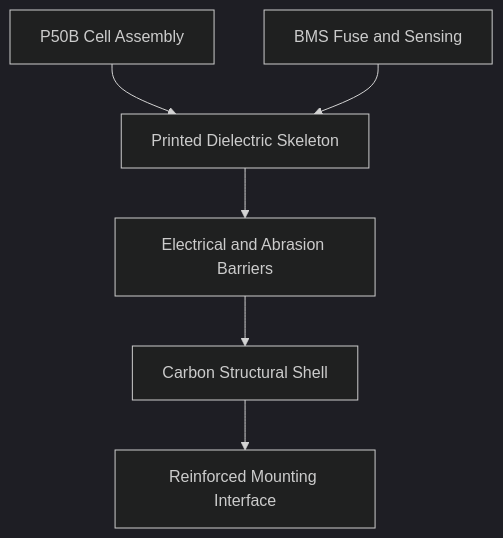
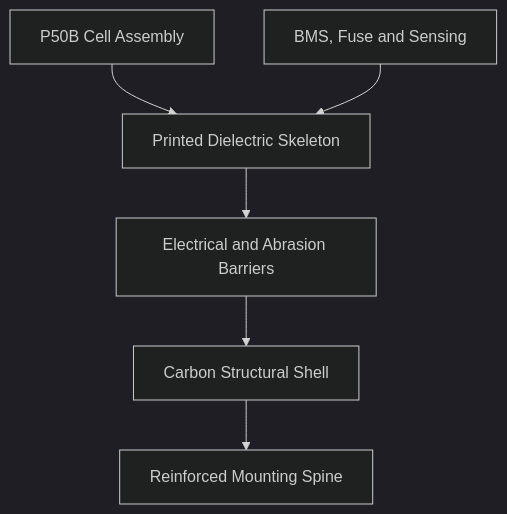
Before and after one commit to tspreck/ferrous-drive: the third of 6 diagrams in docs/battery_design.md, drawn with Mermaid (dark theme). The commit also changed other lines of this file, not shown here.

````diff
--- a/docs/battery_design.md
+++ b/docs/battery_design.md
@@ -426,15 +626,15 @@
 ```mermaid
 flowchart TB
-    Cells[P50B Cell Assembly]
-    Skeleton[Printed Dielectric Skeleton]
-    Barriers[Electrical and Abrasion Barriers]
-    Electronics[BMS Fuse and Sensing]
-    Shell[Carbon Structural Shell]
-    Mount[Reinforced Mounting Interface]
+    Cells["P50B Cell Assembly"]
+    Skeleton["Printed Dielectric Skeleton"]
+    Barriers["Electrical and Abrasion Barriers"]
+    Electronics["BMS, Fuse and Sensing"]
+    Shell["Carbon Structural Shell"]
+    Mount["Reinforced Mounting Spine"]
 
     Cells --> Skeleton
     Electronics --> Skeleton
     Skeleton --> Barriers
     Barriers --> Shell
     Shell --> Mount
 ```
````
